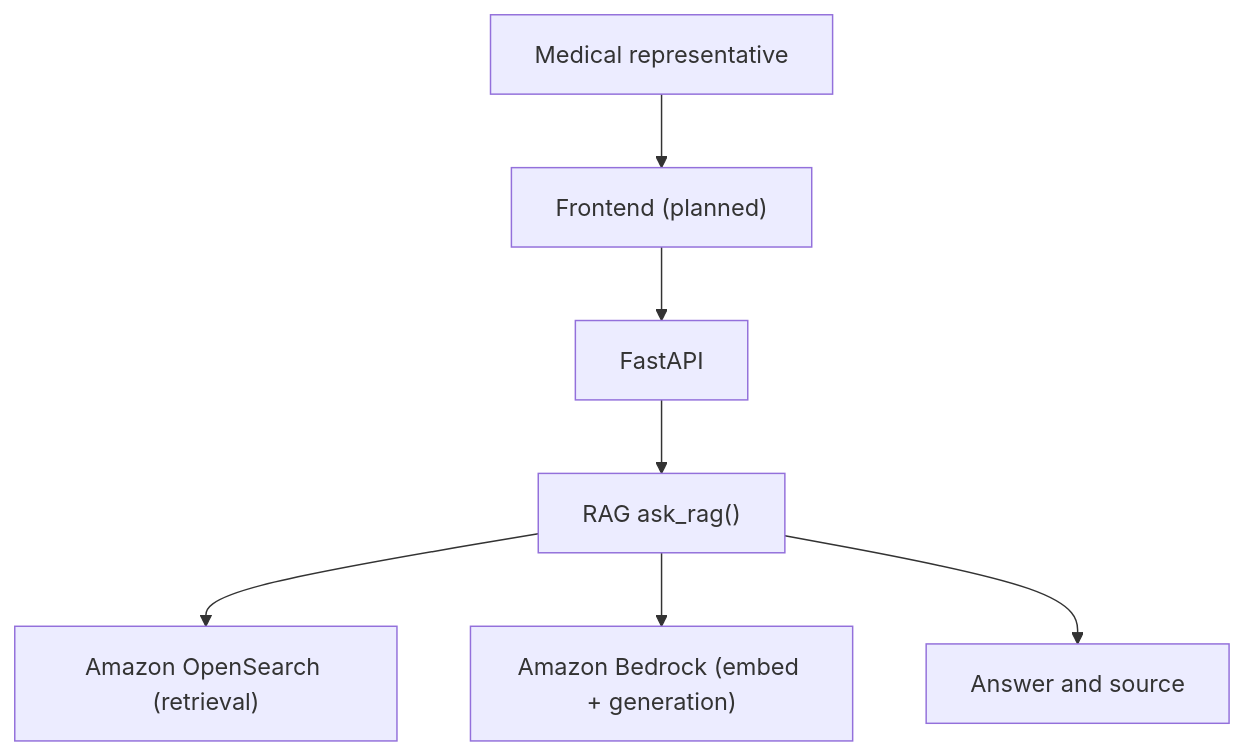
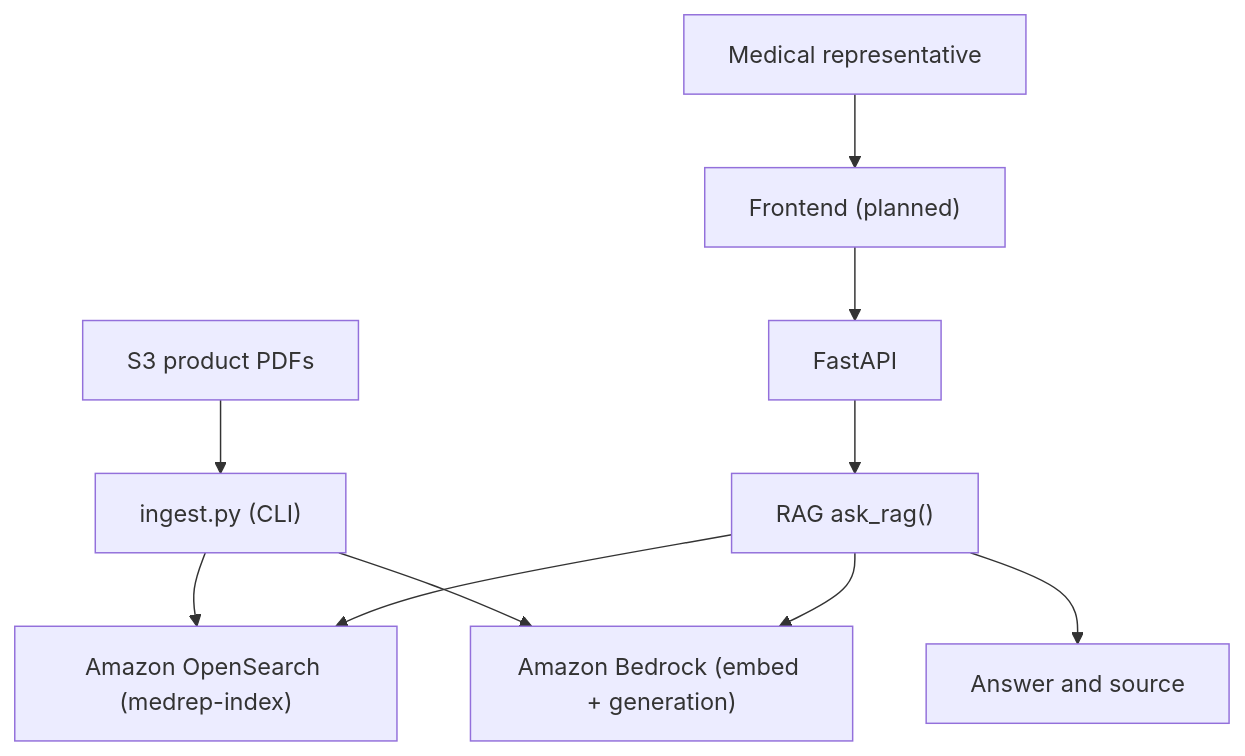
One commit to kaushanj/medrep-ai changed the diagram in docs/technical/architecture.md. Above: the diagram before and after it, drawn with Mermaid. The commit also changed other lines of this file and 6 other files, not shown here.

Commit message:
Add S3 PDF ingest into OpenSearch with keyword source mapping for issue #8.

````diff
--- a/docs/technical/architecture.md
+++ b/docs/technical/architecture.md
@@ -9,17 +11,22 @@
 ```mermaid
 flowchart TD
+    s3["S3 product PDFs"]
+    ingest["ingest.py (CLI)"]
     rep[Medical representative]
     frontend["Frontend (planned)"]
     api[FastAPI]
     rag["RAG ask_rag()"]
-    opensearch["Amazon OpenSearch (retrieval)"]
+    opensearch["Amazon OpenSearch (medrep-index)"]
     bedrock["Amazon Bedrock (embed + generation)"]
     result[Answer and source]
 
+    s3 --> ingest
+    ingest --> opensearch
+    ingest --> bedrock
     rep --> frontend
     frontend --> api
     api --> rag
     rag --> opensearch
     rag --> bedrock
     rag --> result
 ```
````
